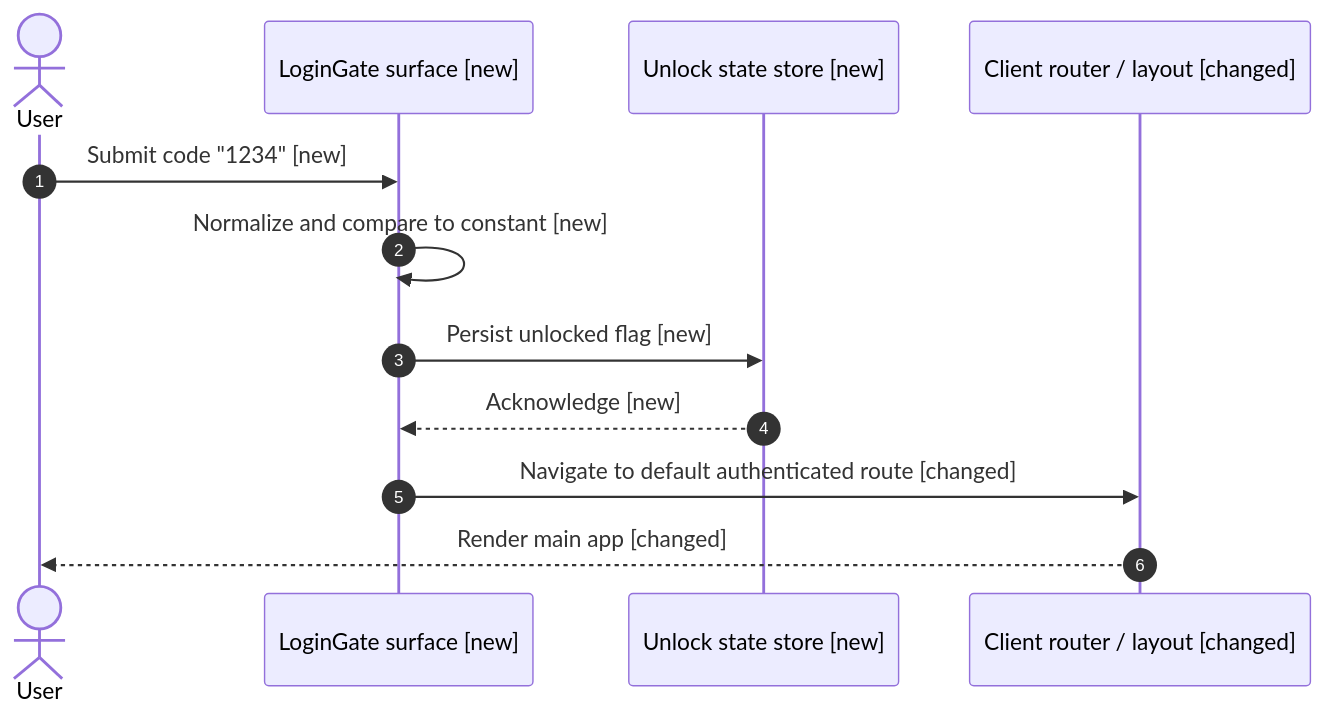
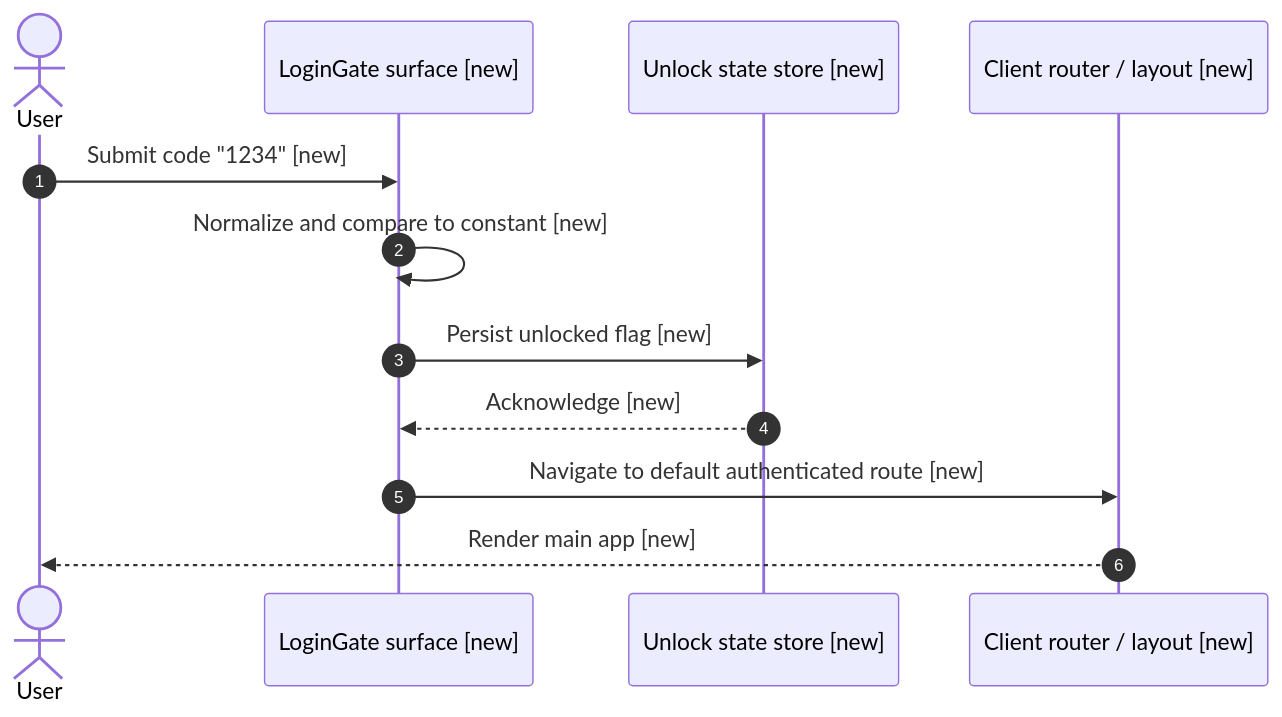
Before and after one commit to harshith-podifi/test-agentice-workspace: the second of 3 diagrams in proposals/backlog/20260514-dummy-fixed-code-login.proposal.md, drawn with Mermaid. The commit also changed other lines of this file, not shown here.

````diff
--- a/proposals/backlog/20260514-dummy-fixed-code-login.proposal.md
+++ b/proposals/backlog/20260514-dummy-fixed-code-login.proposal.md
@@ -111,15 +115,15 @@
 ```mermaid
 sequenceDiagram
     autonumber
     actor User as User
     participant Gate as LoginGate surface [new]
     participant State as Unlock state store [new]
-    participant Router as Client router / layout [changed]
+    participant Router as Client router / layout [new]
 
     User->>Gate: Submit code "1234" [new]
     Gate->>Gate: Normalize and compare to constant [new]
     Gate->>State: Persist unlocked flag [new]
     State-->>Gate: Acknowledge [new]
-    Gate->>Router: Navigate to default authenticated route [changed]
-    Router-->>User: Render main app [changed]
+    Gate->>Router: Navigate to default authenticated route [new]
+    Router-->>User: Render main app [new]
 ```
````
